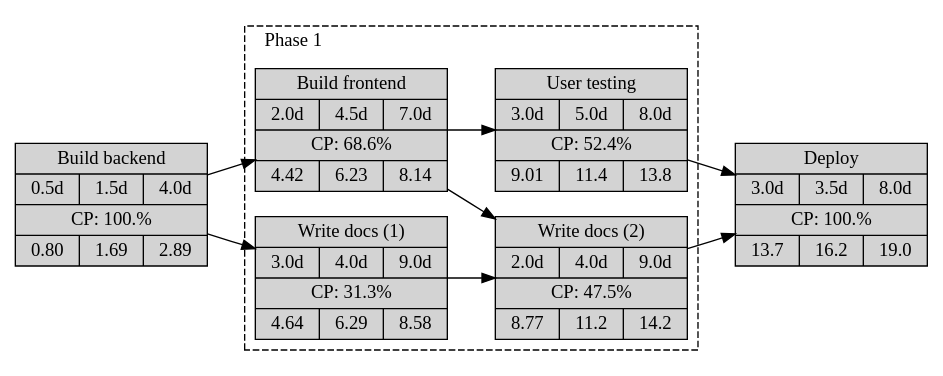
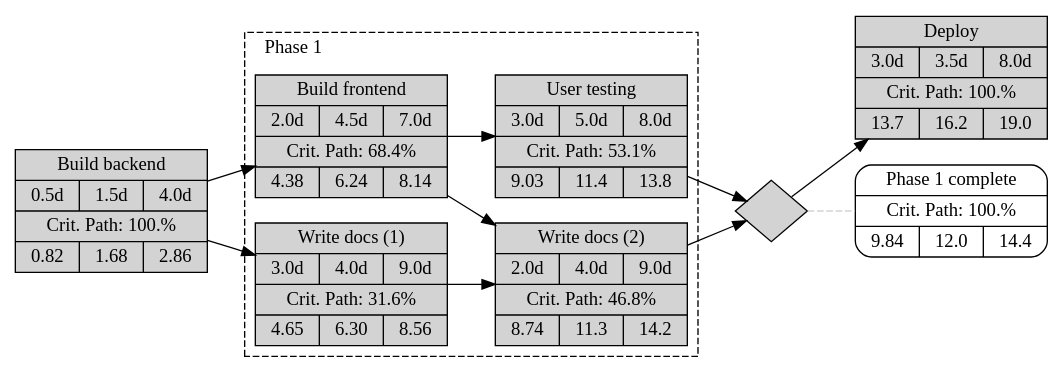
One commit to j-mueller/ernie changed the diagram in example/project.dot. Above: the diagram before and after it, drawn with Graphviz. The commit also changed 8 other files, not shown here.

```diff
--- a/example/project.dot
+++ b/example/project.dot
@@ -1,25 +1,35 @@
 digraph "" {
     graph [rankdir=LR];
     node [shape=record
          ,style=filled
          ,bgcolor=gray93
          ,height=0.1];
-    5 [label="Deploy|{3.0d|3.5d|8.0d}|CP:\ 100.%|{13.7|16.2|19.0}"];
-    0 [label="Build\ backend|{0.5d|1.5d|4.0d}|CP:\ 100.%|{0.80|1.69|2.89}"];
+    6 [label="Deploy|{3.0d|3.5d|8.0d}|Crit.\ Path:\ 100.%|{13.7|16.2|19.0}"];
+    5 -> 6;
+    5 [shape=diamond,label="\ "];
+    -5 [label="Phase\ 1\ complete|Crit.\ Path:\ 100.%|{9.84|12.0|14.4}"
+       ,bgcolor=lightgray
+       ,style=rounded];
+    5 -> -5 [color=lightgray
+            ,weight=10
+            ,style=dashed
+            ,arrowhead=none
+            ,arrowtail=none];
+    0 [label="Build\ backend|{0.5d|1.5d|4.0d}|Crit.\ Path:\ 100.%|{0.82|1.68|2.86}"];
     3 -> 5;
     4 -> 5;
     subgraph "cluster_Phase 1" {
-        4 [label="Write\ docs\ (2)|{2.0d|4.0d|9.0d}|CP:\ 47.5%|{8.77|11.2|14.2}"];
-        1 -> 4;
-        2 -> 4;
-        3 [label="User\ testing|{3.0d|5.0d|8.0d}|CP:\ 52.4%|{9.01|11.4|13.8}"];
-        1 -> 3;
-        2 [label="Write\ docs\ (1)|{3.0d|4.0d|9.0d}|CP:\ 31.3%|{4.64|6.29|8.58}"];
-        1 [label="Build\ frontend|{2.0d|4.5d|7.0d}|CP:\ 68.6%|{4.42|6.23|8.14}"];
         graph [label="Phase 1"
               ,style=dashed
               ,labeljust=l];
+        4 [label="Write\ docs\ (2)|{2.0d|4.0d|9.0d}|Crit.\ Path:\ 46.8%|{8.74|11.3|14.2}"];
+        1 -> 4;
+        2 -> 4;
+        3 [label="User\ testing|{3.0d|5.0d|8.0d}|Crit.\ Path:\ 53.1%|{9.03|11.4|13.8}"];
+        1 -> 3;
+        2 [label="Write\ docs\ (1)|{3.0d|4.0d|9.0d}|Crit.\ Path:\ 31.6%|{4.65|6.30|8.56}"];
+        1 [label="Build\ frontend|{2.0d|4.5d|7.0d}|Crit.\ Path:\ 68.4%|{4.38|6.24|8.14}"];
     }
     0 -> 2;
     0 -> 1;
 }
```
